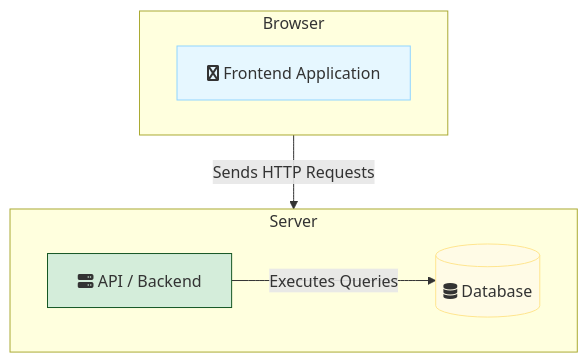
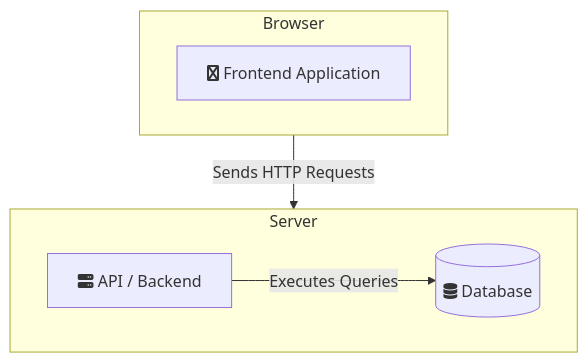
The third of 6 diagrams in docs/software-modeling/structural-modeling.md (sujith-eag/sujith-library), drawn with Mermaid before and after one commit. The commit also changed other lines of this file and 41 other files, not shown here.

First line of the commit message:
Refactor diagrams and remove redundant styles in documentation

````diff
--- a/docs/software-modeling/structural-modeling.md
+++ b/docs/software-modeling/structural-modeling.md
@@ -114,20 +107,16 @@
 ```mermaid
 graph TD
     subgraph Browser
         direction LR
         Frontend[fa:fa-react Frontend Application]
     end
 
     subgraph Server
         direction LR
         API[fa:fa-server API / Backend]
         DB[(fa:fa-database Database)]
     end
     
     Frontend -- "Sends HTTP Requests" --> API
     API -- "Executes Queries" --> DB
-
-    style Frontend fill:#e6f7ff,stroke:#91d5ff
-    style API fill:#d4edda,stroke:#155724
-    style DB fill:#fffbe6,stroke:#ffe58f
 ```
````
